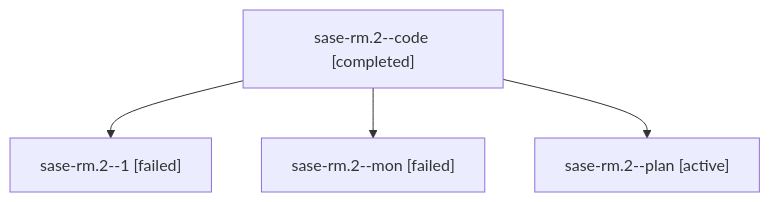
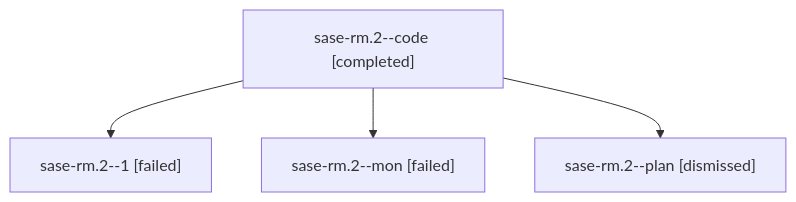
One commit to sase-org/sase--agents changed the diagram in sessions/bbugyi200.athena.sase-rm.2.md. Above: the diagram before and after it, drawn with Mermaid. The commit also changed other lines of this file and 172 other files, not shown here.

````diff
--- a/sessions/bbugyi200.athena.sase-rm.2.md
+++ b/sessions/bbugyi200.athena.sase-rm.2.md
@@ -9,10 +9,10 @@
 ```mermaid
 flowchart TD
   n0["sase-rm.2--code [completed]"]
   n1["sase-rm.2--1 [failed]"]
   n0 --> n1
   n2["sase-rm.2--mon [failed]"]
   n0 --> n2
-  n3["sase-rm.2--plan [active]"]
+  n3["sase-rm.2--plan [dismissed]"]
   n0 --> n3
 ```
````
